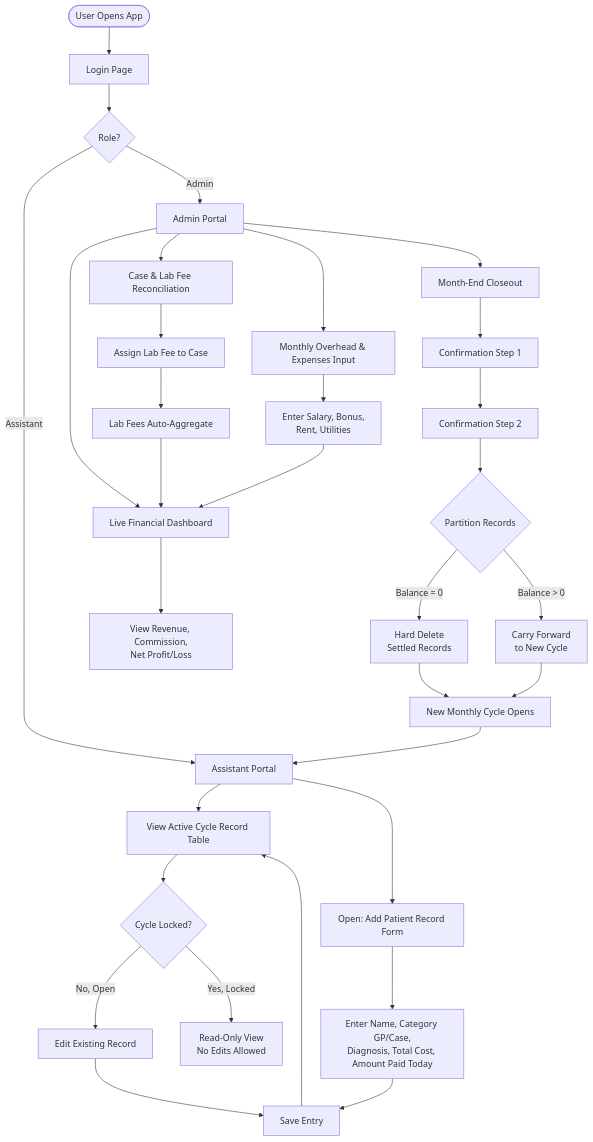
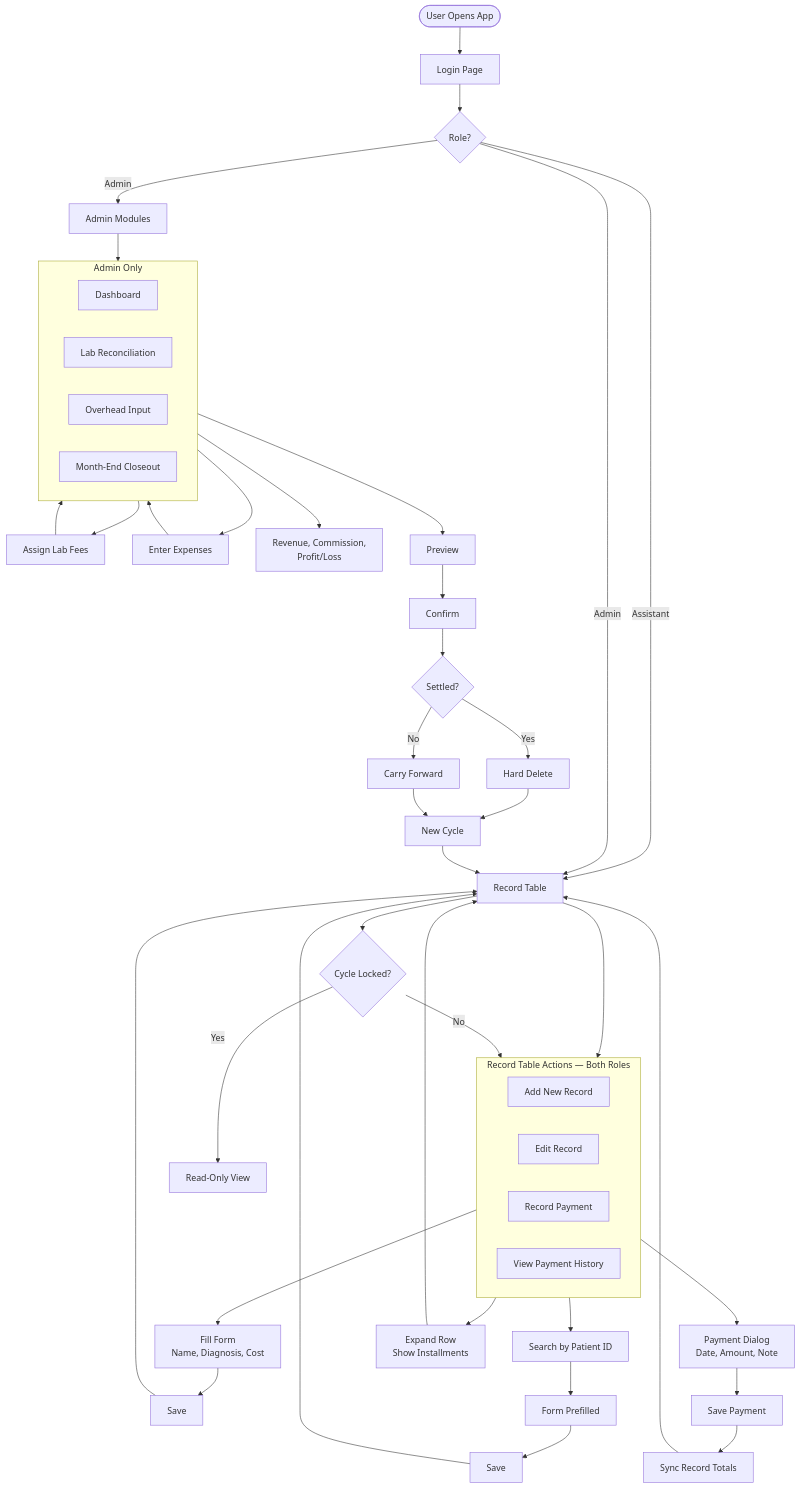
Before and after one commit to kaungmyatshwe1397/df-dashboard: the diagram in df-dashboard/docs/dc-fms-user-flow.mermaid, drawn with Mermaid. The commit also changed 9 other files, not shown here.

Commit message:
feat: Implement payment recording and history features in Case records

```diff
--- a/df-dashboard/docs/dc-fms-user-flow.mermaid
+++ b/df-dashboard/docs/dc-fms-user-flow.mermaid
@@ -1,42 +1,63 @@
 flowchart TD
     Start([User Opens App]) --> Login[Login Page]
-    Login --> RoleCheck{Role?}
+    Login --> Role{Role?}
 
-    %% ASSISTANT PATH
-    RoleCheck -->|Assistant| AssistPortal[Assistant Portal]
-    AssistPortal --> ViewTable[View Active Cycle Record Table]
-    AssistPortal --> AddEntry[Open: Add Patient Record Form]
+    %% ==============================
+    %% SHARED: RECORD TABLE
+    %% ==============================
+    Role -->|Assistant| Table[Record Table]
+    Role -->|Admin| Table
 
-    AddEntry --> FillForm[Enter Name, Category GP/Case,\nDiagnosis, Total Cost, Amount Paid Today]
-    FillForm --> SaveEntry[Save Entry]
-    SaveEntry --> ViewTable
+    subgraph RecordActions [Record Table Actions — Both Roles]
+        direction LR
+        Add[Add New Record]
+        Edit[Edit Record]
+        Pay[Record Payment]
+        History[View Payment History]
+    end
 
-    ViewTable --> CycleOpen{Cycle Locked?}
-    CycleOpen -->|No, Open| EditEntry[Edit Existing Record]
-    EditEntry --> SaveEntry
-    CycleOpen -->|Yes, Locked| ReadOnly[Read-Only View\nNo Edits Allowed]
+    Table --> RecordActions
 
-    %% ADMIN PATH
-    RoleCheck -->|Admin| AdminPortal[Admin Portal]
-    AdminPortal --> Dashboard[Live Financial Dashboard]
-    AdminPortal --> LabRecon[Case & Lab Fee Reconciliation]
-    AdminPortal --> Overhead[Monthly Overhead & Expenses Input]
-    AdminPortal --> Closeout[Month-End Closeout]
+    Add --> Form[Fill Form\nName, Diagnosis, Cost]
+    Form --> Save1[Save] --> Table
 
-    LabRecon --> AssignLab[Assign Lab Fee to Case]
-    AssignLab --> AutoAgg[Lab Fees Auto-Aggregate]
-    AutoAgg --> Dashboard
+    Edit --> Lookup[Search by Patient ID]
+    Lookup --> Prefill[Form Prefilled] --> Save2[Save] --> Table
 
-    Overhead --> EnterOverhead[Enter Salary, Bonus,\nRent, Utilities]
-    EnterOverhead --> Dashboard
+    Pay --> Dialog[Payment Dialog\nDate, Amount, Note]
+    Dialog --> Save3[Save Payment]
+    Save3 --> Sync[Sync Record Totals]
+    Sync --> Table
 
-    Dashboard --> ViewKPIs[View Revenue, Commission,\nNet Profit/Loss]
+    History --> Expand[Expand Row\nShow Installments] --> Table
 
-    Closeout --> ConfirmStep1[Confirmation Step 1]
-    ConfirmStep1 --> ConfirmStep2[Confirmation Step 2]
-    ConfirmStep2 --> Partition{Partition Records}
-    Partition -->|Balance = 0| HardDelete[Hard Delete\nSettled Records]
-    Partition -->|Balance > 0| Carryover[Carry Forward\nto New Cycle]
-    HardDelete --> NewCycle[New Monthly Cycle Opens]
-    Carryover --> NewCycle
-    NewCycle --> AssistPortal
+    Table --> Lock{Cycle Locked?}
+    Lock -->|No| RecordActions
+    Lock -->|Yes| ReadOnly[Read-Only View]
+
+    %% ==============================
+    %% ADMIN ONLY: EXTRA MODULES
+    %% ==============================
+    Role -->|Admin| AdminModules[Admin Modules]
+
+    subgraph AdminOnly [Admin Only]
+        direction LR
+        Dashboard[Dashboard]
+        LabRecon[Lab Reconciliation]
+        Overhead[Overhead Input]
+        Closeout[Month-End Closeout]
+    end
+
+    AdminModules --> AdminOnly
+
+    LabRecon --> Fees[Assign Lab Fees] --> Dashboard
+    Overhead --> Expenses[Enter Expenses] --> Dashboard
+    Dashboard --> KPIs[Revenue, Commission,\nProfit/Loss]
+
+    Closeout --> Step1[Preview] --> Step2[Confirm]
+    Step2 --> Partition{Settled?}
+    Partition -->|Yes| Delete[Hard Delete]
+    Partition -->|No| Carry[Carry Forward]
+    Delete --> NewCycle[New Cycle]
+    Carry --> NewCycle
+    NewCycle --> Table
```
